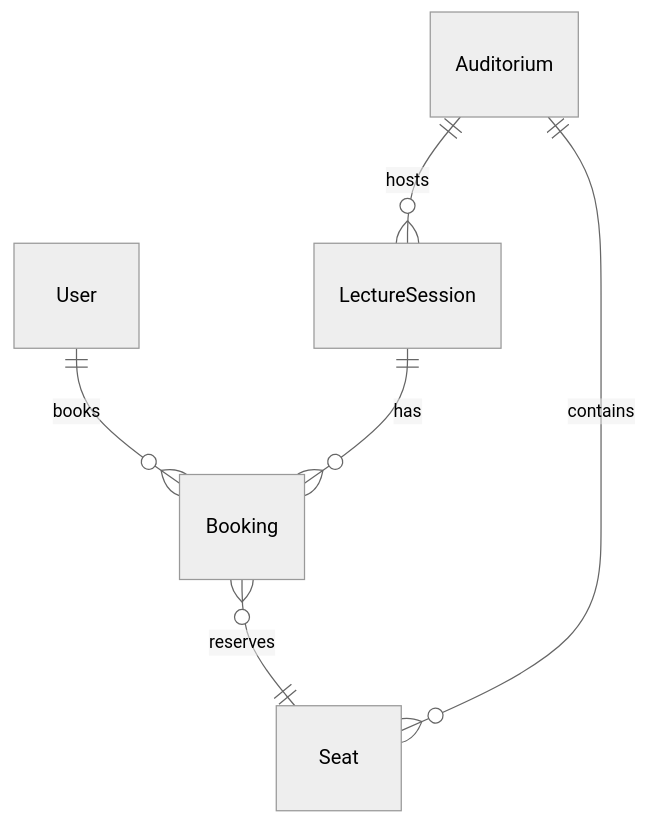
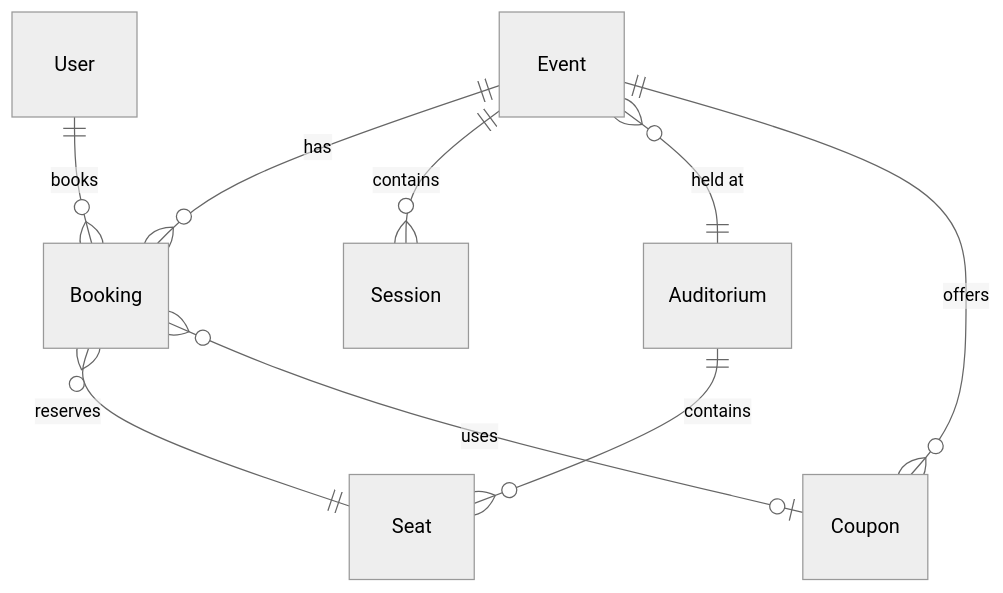
One commit to amal-sajeev/techtrek changed the eighth of 18 diagrams in TechTrek_Documentation.qmd. Above: the diagram before and after it, drawn with Mermaid (neutral theme). The commit also changed other lines of this file and 39 other files, not shown here.

````diff
--- a/TechTrek_Documentation.qmd
+++ b/TechTrek_Documentation.qmd
@@ -139,8 +360,13 @@
 ```{mermaid}
+%%| fig-width: 6.3
+%%| fig-height: 2.5
 erDiagram
     User ||--o{ Booking : books
-    LectureSession ||--o{ Booking : has
+    Event ||--o{ Booking : has
+    Event ||--o{ Session : contains
     Booking }o--|| Seat : reserves
+    Event }o--|| Auditorium : "held at"
     Auditorium ||--o{ Seat : contains
-    Auditorium ||--o{ LectureSession : hosts
+    Event ||--o{ Coupon : offers
+    Booking }o--o| Coupon : uses
 ```
````
